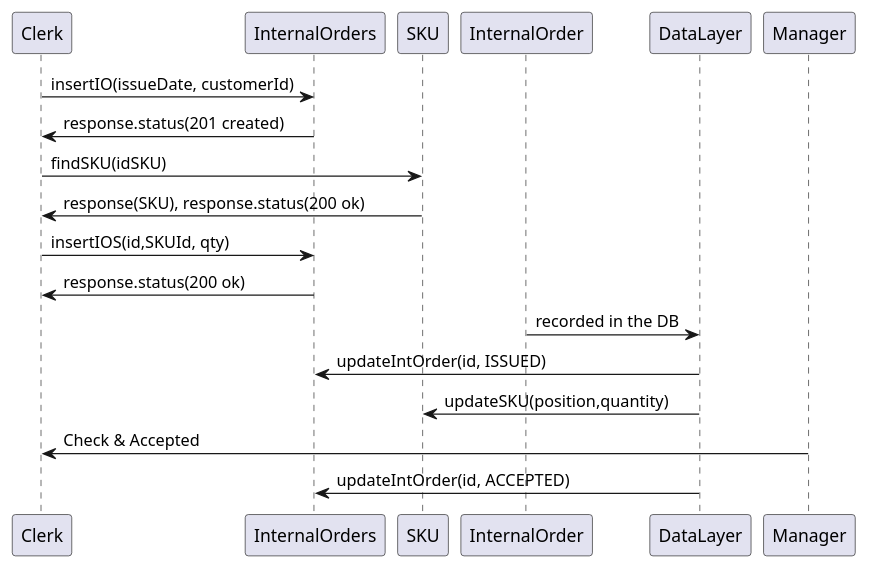
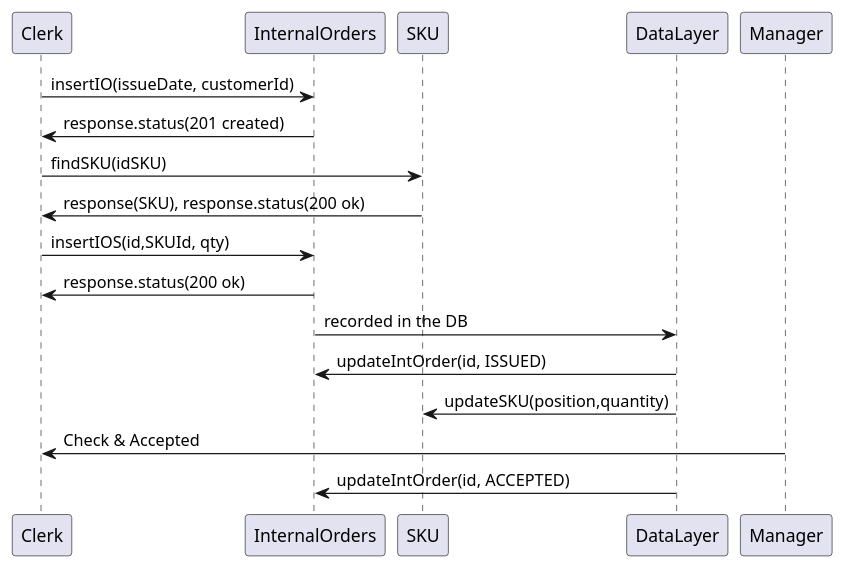
The fifth of 5 diagrams in DesignDocument.md (robsanity/JavascriptBackEndProjectAndTesting), drawn with PlantUML before and after one commit.

````diff
--- a/DesignDocument.md
+++ b/DesignDocument.md
@@ -281,16 +281,16 @@
 ```plantuml
 
 Clerk -> InternalOrders: insertIO(issueDate, customerId)
 InternalOrders -> Clerk: response.status(201 created)
 Clerk -> SKU: findSKU(idSKU)
 SKU -> Clerk: response(SKU), response.status(200 ok)
 Clerk -> InternalOrders: insertIOS(id,SKUId, qty)
 InternalOrders ->Clerk: response.status(200 ok)
-InternalOrder -> DataLayer: recorded in the DB
+InternalOrders -> DataLayer: recorded in the DB
 DataLayer -> InternalOrders: updateIntOrder(id, ISSUED)
 DataLayer -> SKU: updateSKU(position,quantity)
 Manager -> Clerk: Check & Accepted
 DataLayer -> InternalOrders: updateIntOrder(id, ACCEPTED)
 
 
 ```
````
